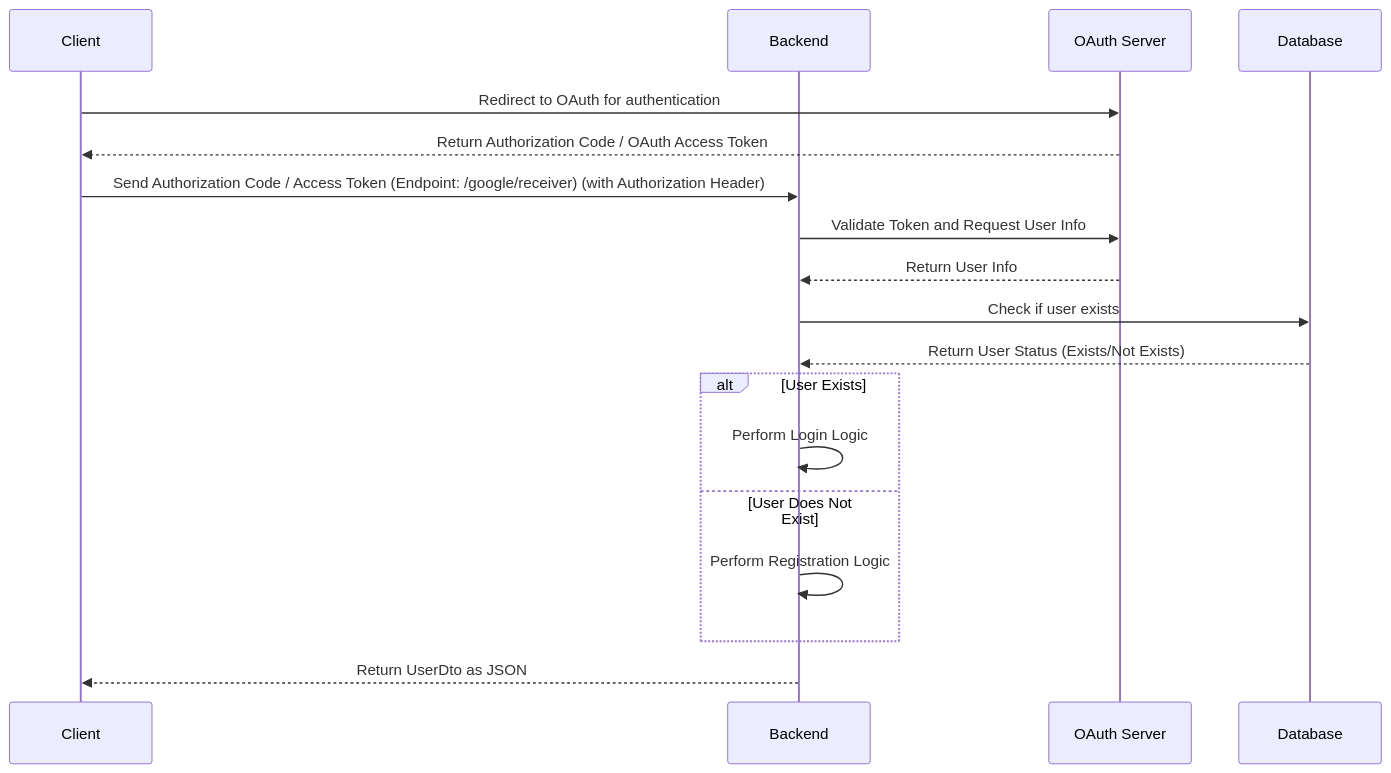
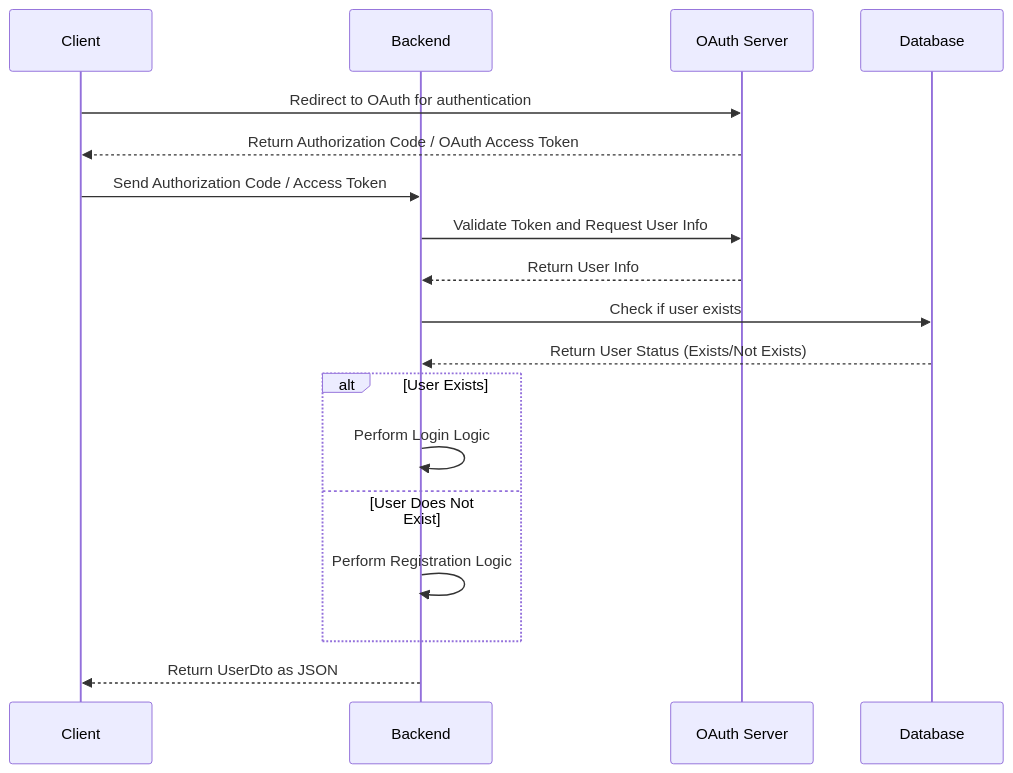
Before and after one commit to ChoiWheatley/ChoiWheatley.github.io: the diagram in docs/소셜 로그인을 redirect + Set-Cookie 없이 할 수 있는 방법.md, drawn with Mermaid. The commit also changed other lines of this file, not shown here.

Commit message:
vault backup: 2024-07-31T21:53:15

````diff
--- a/docs/소셜 로그인을 redirect + Set-Cookie 없이 할 수 있는 방법.md
+++ b/docs/소셜 로그인을 redirect + Set-Cookie 없이 할 수 있는 방법.md
@@ -15,25 +15,25 @@
 ```mermaid
 sequenceDiagram
     participant Client
     participant Backend
     participant OAuth Server
     participant Database
 
     Client->>OAuth Server: Redirect to OAuth for authentication
     OAuth Server-->>Client: Return Authorization Code / OAuth Access Token
 
-    Client->>Backend: Send Authorization Code / Access Token (Endpoint: /google/receiver) (with Authorization Header)
+    Client->>Backend: Send Authorization Code / Access Token
     Backend->>OAuth Server: Validate Token and Request User Info
 
     OAuth Server-->>Backend: Return User Info
     Backend->>Database: Check if user exists
     Database-->>Backend: Return User Status (Exists/Not Exists)
 
     alt User Exists
         Backend->>Backend: Perform Login Logic
     else User Does Not Exist
         Backend->>Backend: Perform Registration Logic
     end
 
     Backend-->>Client: Return UserDto as JSON
 ```
````
